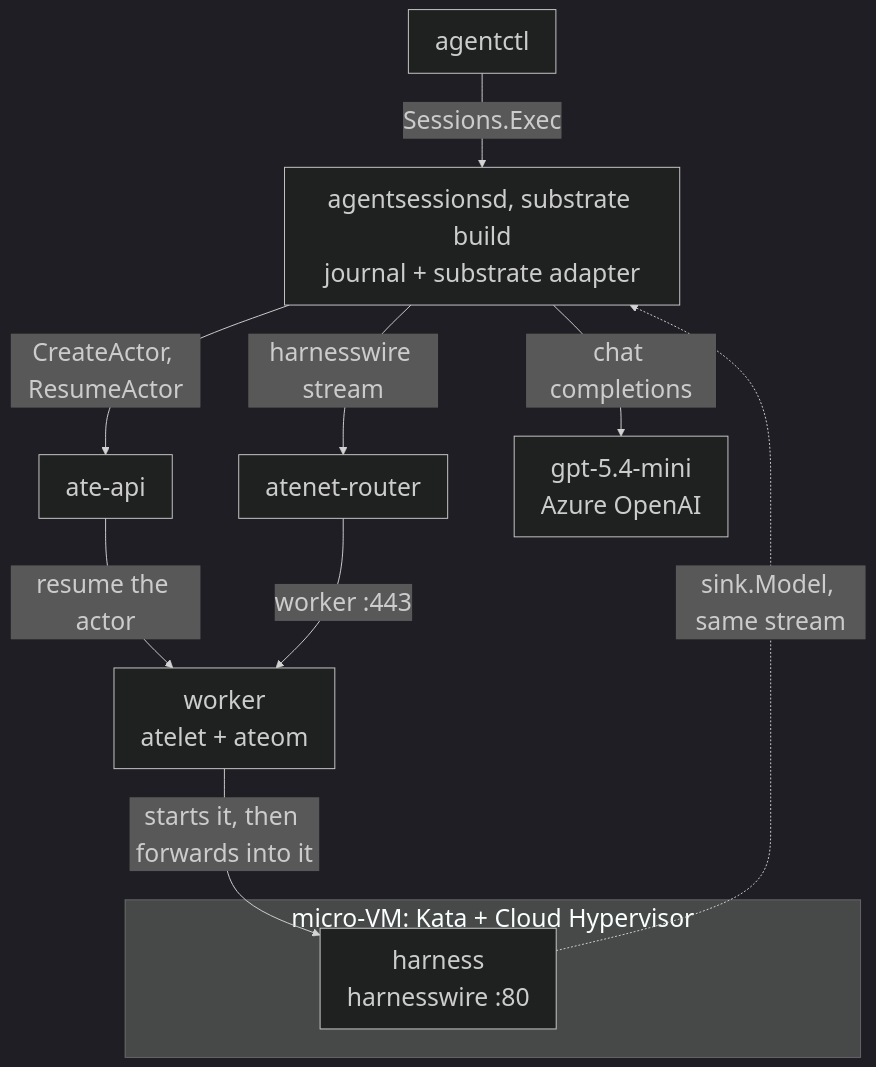
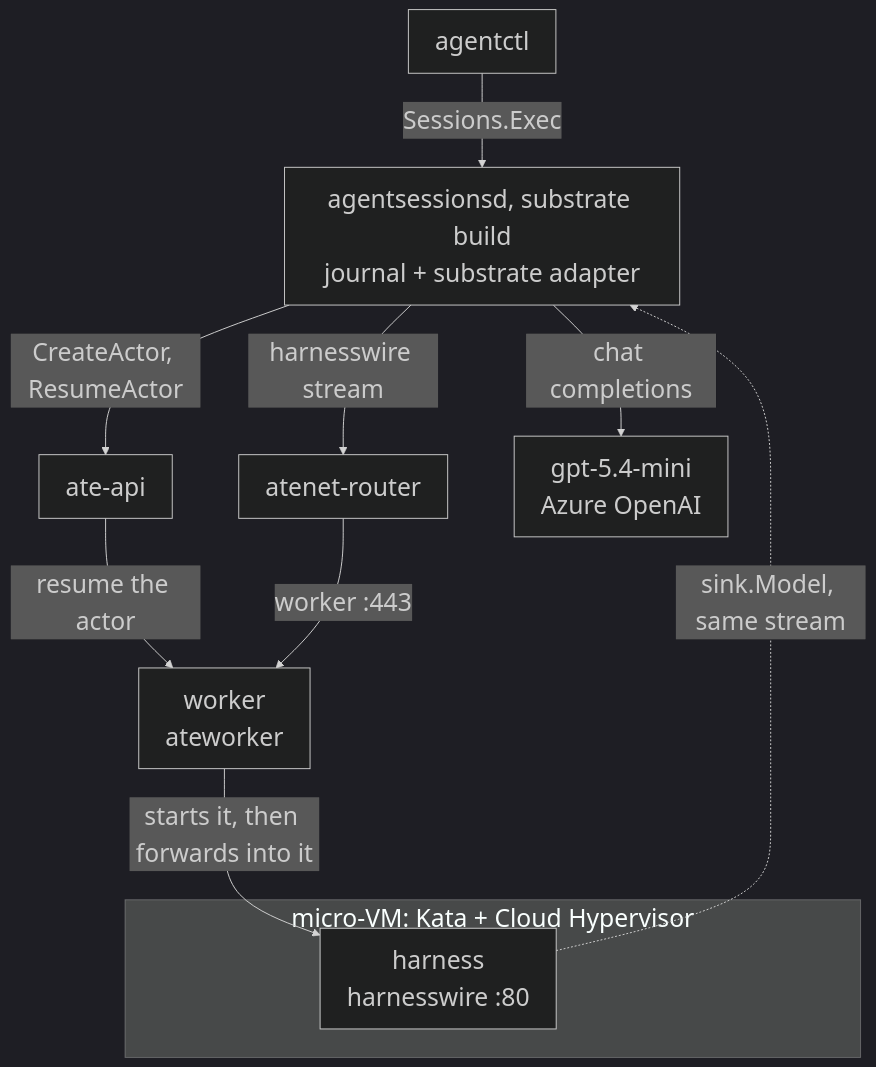
The diagram in examples/agentsuite-substrate/demo/run.mmd (agent-primitives/sessions), drawn with Mermaid before and after one commit. The commit also changed 92 other files, not shown here.

```diff
--- a/examples/agentsuite-substrate/demo/run.mmd
+++ b/examples/agentsuite-substrate/demo/run.mmd
@@ -1,22 +1,22 @@
 %%{init: {"theme": "dark", "themeVariables": {"fontSize": "26px", "fontFamily": "Helvetica, Arial, sans-serif", "darkMode": true, "background": "#171717"}, "flowchart": {"nodeSpacing": 70, "rankSpacing": 60, "padding": 14, "wrappingWidth": 360, "useMaxWidth": false}}}%%
 %% Run half: how one turn travels. record.sh renders this to run.png and splices it in at the start of
 %% chapter 4; demo/trace-turn.sh shows one log line per component for a real turn. Every arrow is
 %% checked against the code; diagrams.md lists where.
 flowchart TB
   ctl["agentctl"]
   d["agentsessionsd, substrate build<br/>journal + substrate adapter"]
   api["ate-api"]
   r["atenet-router"]
   m["gpt-5.4-mini<br/>Azure OpenAI"]
-  w["worker<br/>atelet + ateom"]
+  w["worker<br/>ateworker"]
   subgraph vm["micro-VM: Kata + Cloud Hypervisor"]
     h["harness<br/>harnesswire :80"]
   end
   ctl -->|"Sessions.Exec"| d
   d -->|"CreateActor, ResumeActor"| api
   api -->|"resume the actor"| w
   d -->|"harnesswire stream"| r
   r -->|"worker :443"| w
   w -->|"starts it, then forwards into it"| h
   h -.->|"sink.Model, same stream"| d
   d -->|"chat completions"| m
```
